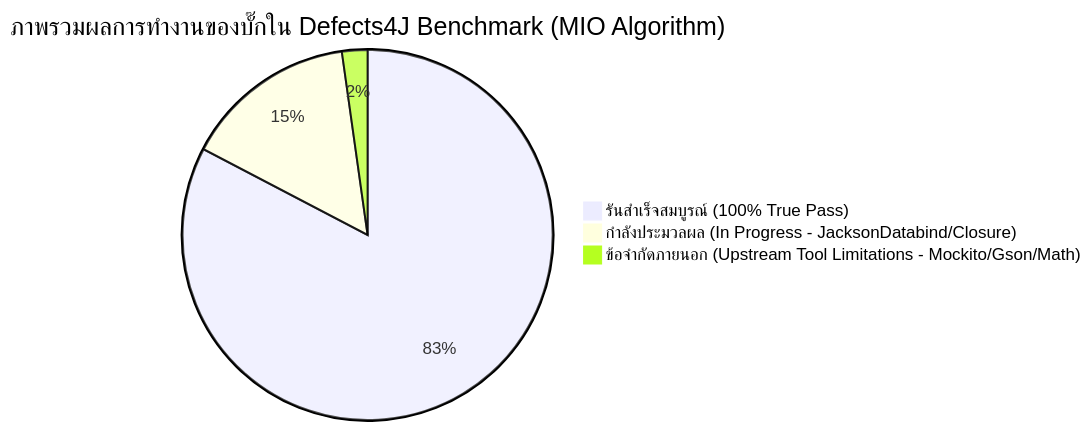
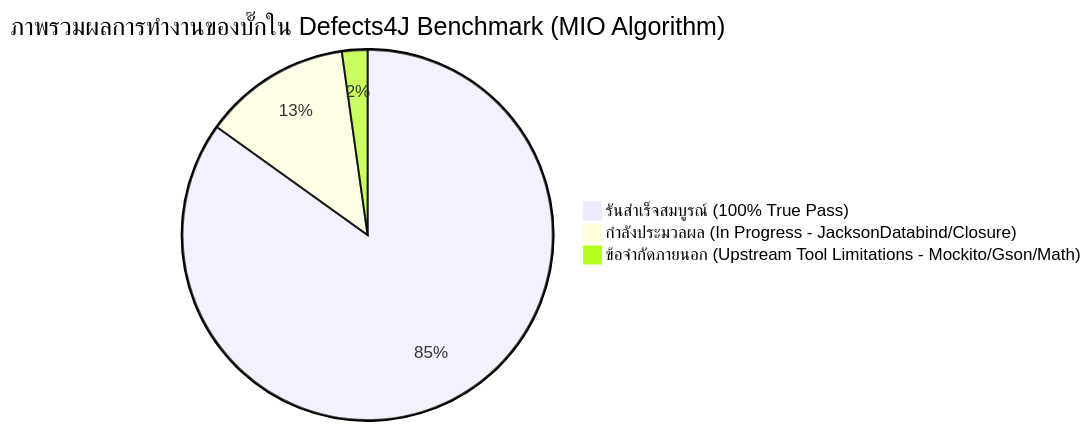
The first of 4 diagrams in MIO_Algorithm/MIO_FAILURE_ANALYSIS_REPORT.md (Bigzzz0/ProjectSQA), drawn with Mermaid before and after one commit.

Commit message:
docs(mio): align pie chart metrics with 725 completed and 110 in progress

````diff
--- a/MIO_Algorithm/MIO_FAILURE_ANALYSIS_REPORT.md
+++ b/MIO_Algorithm/MIO_FAILURE_ANALYSIS_REPORT.md
@@ -39,6 +39,6 @@
 ```mermaid
 pie title ภาพรวมผลการทำงานของบั๊กใน Defects4J Benchmark (MIO Algorithm)
-    "รันสำเร็จสมบูรณ์ (100% True Pass)" : 706
-    "กำลังประมวลผล (In Progress - JacksonDatabind/Closure)" : 129
+    "รันสำเร็จสมบูรณ์ (100% True Pass)" : 725
+    "กำลังประมวลผล (In Progress - JacksonDatabind/Closure)" : 110
     "ข้อจำกัดภายนอก (Upstream Tool Limitations - Mockito/Gson/Math)" : 19
 ```
````
